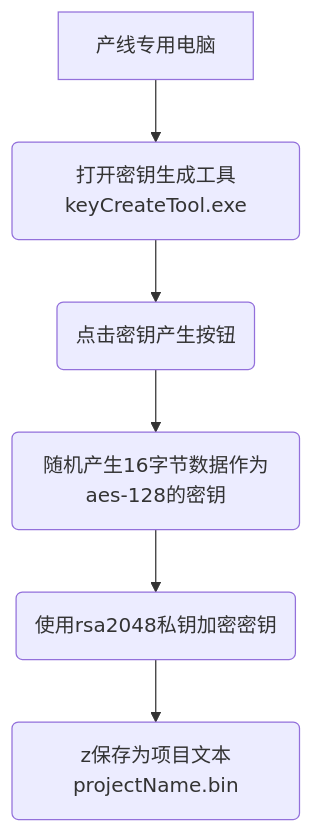
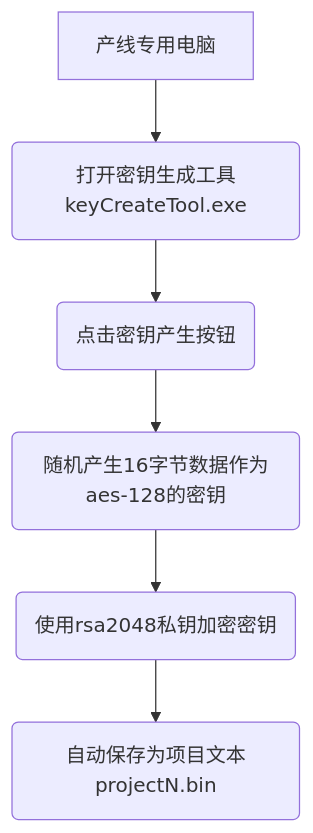
The diagram in all/未命名-3.md (facebook-cloud/iodraw-files), drawn with Mermaid before and after one commit.

Commit message:
2026-01-05 15:00:23 update

````diff
--- a/all/未命名-3.md
+++ b/all/未命名-3.md
@@ -1,9 +1,9 @@
 ```mermaid
 graph TD
     A[产线专用电脑] --> B(打开密钥生成工具keyCreateTool.exe)
     B --> C(点击密钥产生按钮)
     C --> D(随机产生16字节数据作为aes-128的密钥)
     D --> E(使用rsa2048私钥加密密钥)
-    E --> F(z保存为项目文本projectName.bin)
+    E --> F(自动保存为项目文本projectN.bin)
 
 ```
````
